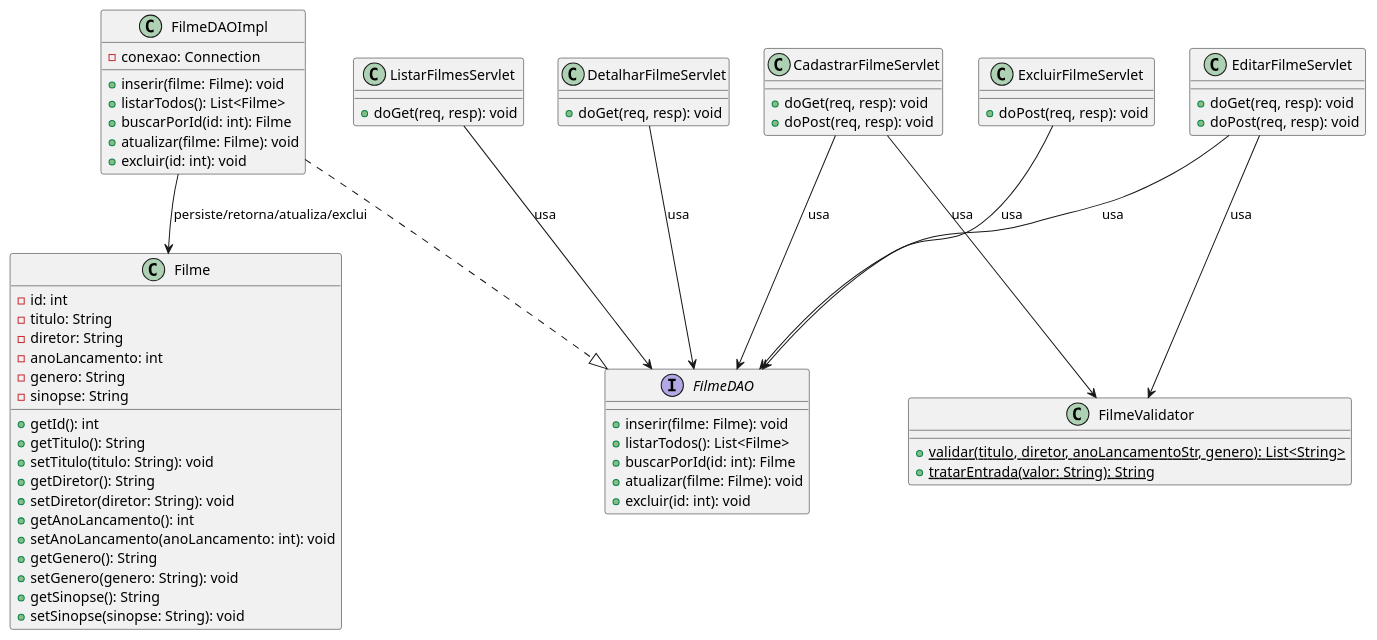
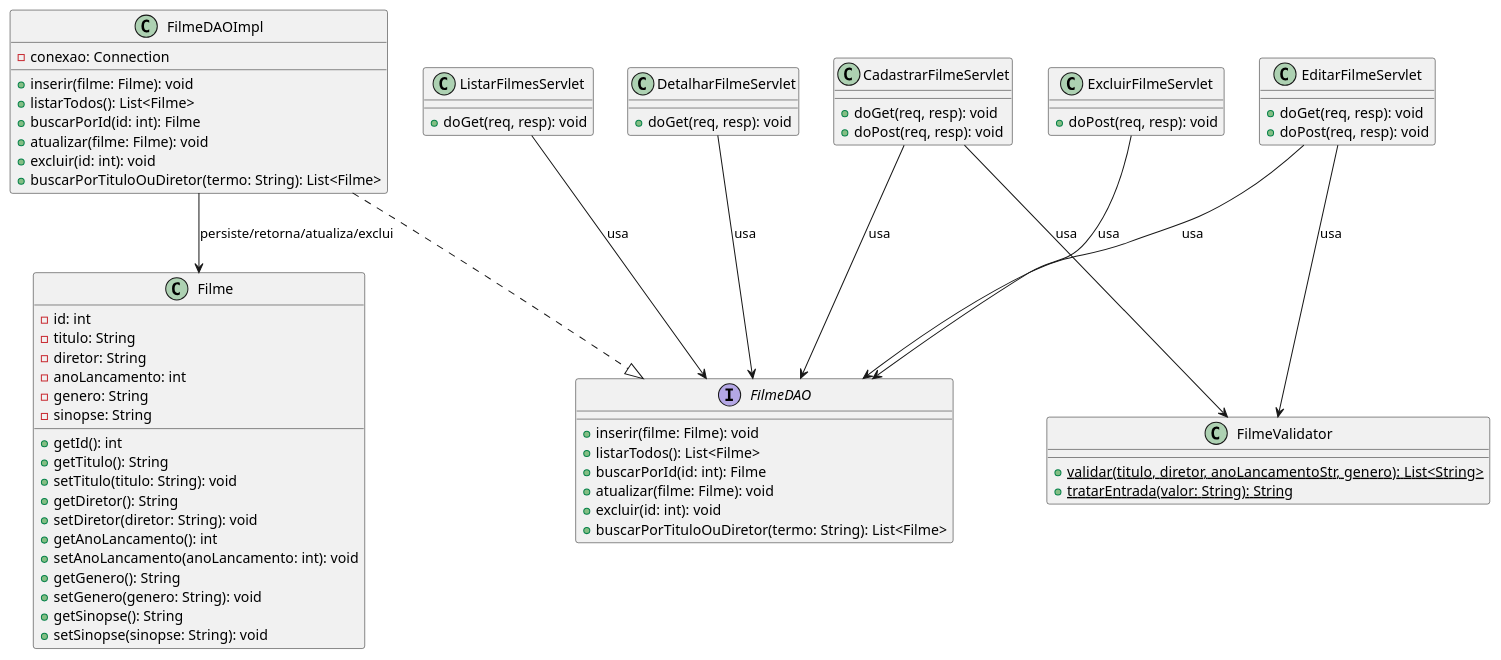
The diagram in docs/modelagem/diagrama-classes-geral.puml (0xgabinio/Projeto_Java), drawn with PlantUML before and after one commit.

Commit message:
docs(modelagem): add buscarPorTituloOuDiretor to class diagram

```diff
--- a/docs/modelagem/diagrama-classes-geral.puml
+++ b/docs/modelagem/diagrama-classes-geral.puml
@@ -1,81 +1,83 @@
 @startuml diagrama-classes-geral
 ' Diagrama de classes consolidado do Catálogo Simples de Filmes.
 ' Acumulado incrementalmente pela skill modelar-uml a cada spec modelada.
 ' Origem desta versão: specs/cadastrar-filme.md, specs/listar-filmes.md, specs/detalhar-filme.md,
-' specs/editar-filme.md, specs/excluir-filme.md.
+' specs/editar-filme.md, specs/excluir-filme.md, specs/buscar-filme.md.
 
 class Filme {
   -id: int
   -titulo: String
   -diretor: String
   -anoLancamento: int
   -genero: String
   -sinopse: String
   +getId(): int
   +getTitulo(): String
   +setTitulo(titulo: String): void
   +getDiretor(): String
   +setDiretor(diretor: String): void
   +getAnoLancamento(): int
   +setAnoLancamento(anoLancamento: int): void
   +getGenero(): String
   +setGenero(genero: String): void
   +getSinopse(): String
   +setSinopse(sinopse: String): void
 }
 
 interface FilmeDAO {
   +inserir(filme: Filme): void
   +listarTodos(): List<Filme>
   +buscarPorId(id: int): Filme
   +atualizar(filme: Filme): void
   +excluir(id: int): void
+  +buscarPorTituloOuDiretor(termo: String): List<Filme>
 }
 
 class FilmeDAOImpl {
   -conexao: Connection
   +inserir(filme: Filme): void
   +listarTodos(): List<Filme>
   +buscarPorId(id: int): Filme
   +atualizar(filme: Filme): void
   +excluir(id: int): void
+  +buscarPorTituloOuDiretor(termo: String): List<Filme>
 }
 
 class CadastrarFilmeServlet {
   +doGet(req, resp): void
   +doPost(req, resp): void
 }
 
 class ListarFilmesServlet {
   +doGet(req, resp): void
 }
 
 class DetalharFilmeServlet {
   +doGet(req, resp): void
 }
 
 class EditarFilmeServlet {
   +doGet(req, resp): void
   +doPost(req, resp): void
 }
 
 class ExcluirFilmeServlet {
   +doPost(req, resp): void
 }
 
 class FilmeValidator {
   +{static} validar(titulo, diretor, anoLancamentoStr, genero): List<String>
   +{static} tratarEntrada(valor: String): String
 }
 
 FilmeDAOImpl ..|> FilmeDAO
 CadastrarFilmeServlet --> FilmeDAO : usa
 CadastrarFilmeServlet --> FilmeValidator : usa
 ListarFilmesServlet --> FilmeDAO : usa
 DetalharFilmeServlet --> FilmeDAO : usa
 EditarFilmeServlet --> FilmeDAO : usa
 EditarFilmeServlet --> FilmeValidator : usa
 ExcluirFilmeServlet --> FilmeDAO : usa
 FilmeDAOImpl --> Filme : persiste/retorna/atualiza/exclui
 
 @enduml
```
